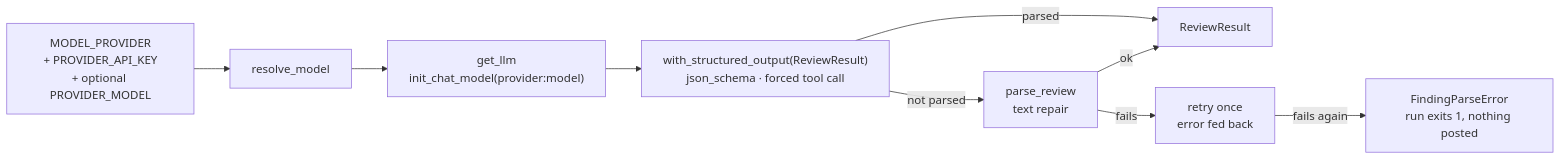
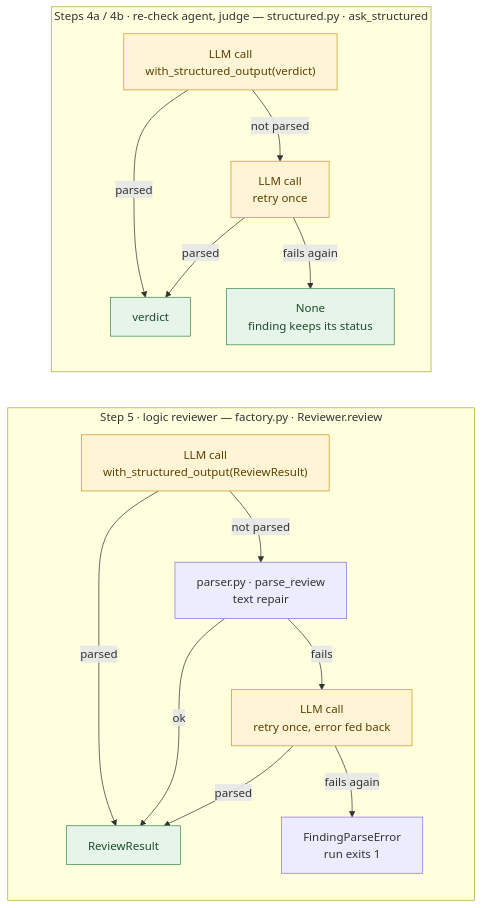
One commit to bryanChatsirichai/github_agentic_pr_reviewer changed the fifth of 14 diagrams in docs/agentic-pr-review-system-design.v1.md. Above: the diagram before and after it, drawn with Mermaid. The commit also changed other lines of this file and 3 other files, not shown here.

Commit message:
Docs: Update architecture and roadmap

````diff
--- a/docs/agentic-pr-review-system-design.v1.md
+++ b/docs/agentic-pr-review-system-design.v1.md
@@ -270,11 +241,22 @@
 ```mermaid
 flowchart LR
-    ENV["MODEL_PROVIDER<br/>+ PROVIDER_API_KEY<br/>+ optional PROVIDER_MODEL"] --> RM[resolve_model]
-    RM --> GL["get_llm<br/>init_chat_model(provider:model)"]
-    GL --> SO["with_structured_output(ReviewResult)<br/>json_schema · forced tool call"]
-    SO -->|parsed| OK[ReviewResult]
-    SO -->|not parsed| TR["parse_review<br/>text repair"]
-    TR -->|ok| OK
-    TR -->|fails| RT["retry once<br/>error fed back"]
-    RT -->|fails again| ERR["FindingParseError<br/>run exits 1, nothing posted"]
+    subgraph reviewer ["Step 5 · logic reviewer — factory.py · Reviewer.review"]
+        SO["LLM call<br/>with_structured_output(ReviewResult)"] -->|parsed| OK["ReviewResult"]
+        SO -->|not parsed| TR["parser.py · parse_review<br/>text repair"]
+        TR -->|ok| OK
+        TR -->|fails| RT["LLM call<br/>retry once, error fed back"]
+        RT -->|parsed| OK
+        RT -->|fails again| ERR["FindingParseError<br/>run exits 1"]
+    end
+    subgraph single ["Steps 4a / 4b · re-check agent, judge — structured.py · ask_structured"]
+        Q["LLM call<br/>with_structured_output(verdict)"] -->|parsed| OK2["verdict"]
+        Q -->|not parsed| RT2["LLM call<br/>retry once"]
+        RT2 -->|parsed| OK2
+        RT2 -->|fails again| KEEP["None<br/>finding keeps its status"]
+    end
+
+    classDef llm fill:#fff4d6,stroke:#c99a1d,color:#5a4300
+    classDef outcome fill:#e6f4ea,stroke:#3c8d4f,color:#1d4d2a
+    class SO,RT,Q,RT2 llm
+    class OK,OK2,KEEP outcome
 ```
````
